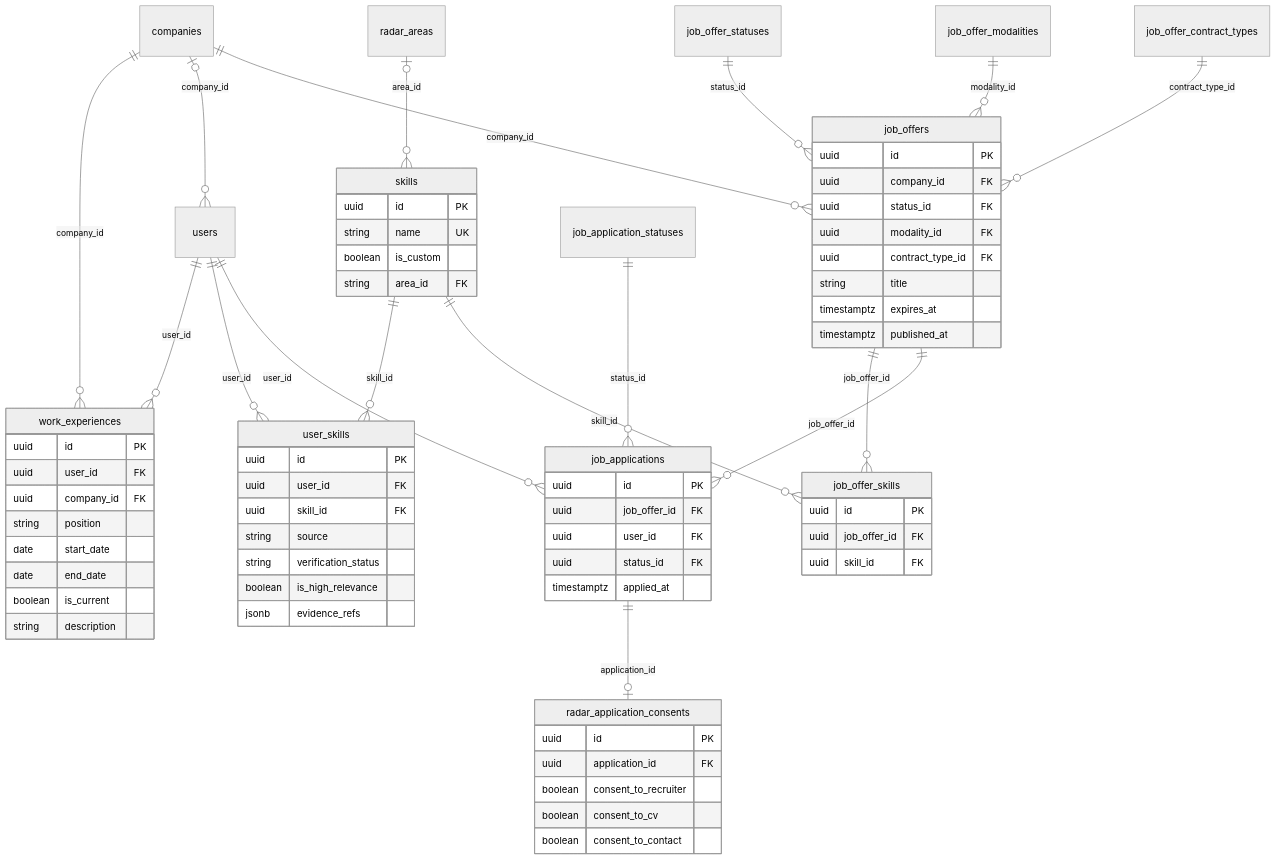
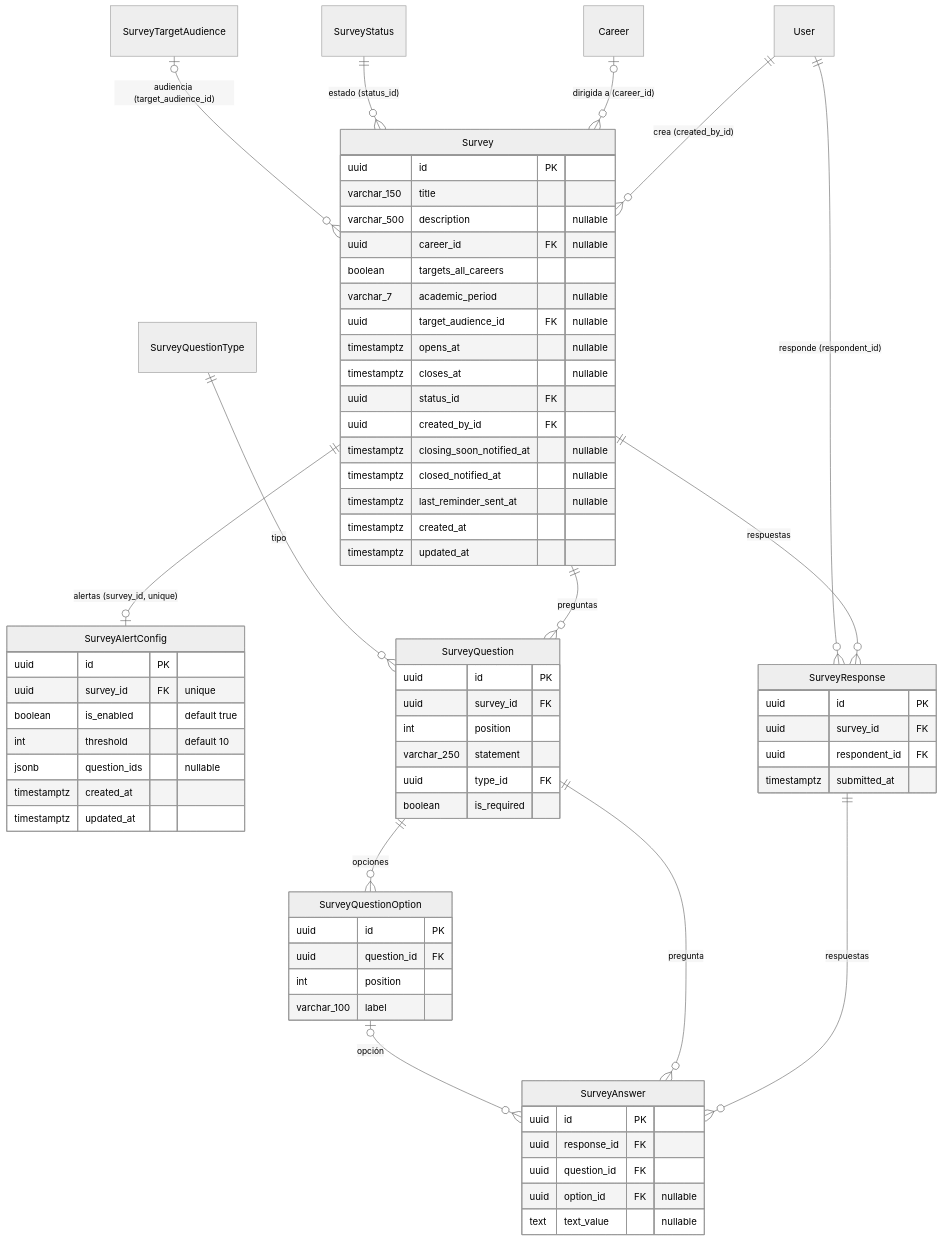
Before and after one commit to UMSSY/umssy-app: the diagram in backend/prisma/README.md, drawn with Mermaid (neutral theme). The commit also changed other lines of this file and 521 other files, not shown here.

````diff
--- a/backend/prisma/README.md
+++ b/backend/prisma/README.md
@@ -21,74 +9,71 @@
 ```mermaid
 erDiagram
-  users ||--o{ work_experiences : "user_id"
-  companies ||--o{ work_experiences : "company_id"
-  users ||--o{ user_skills : "user_id"
-  skills ||--o{ user_skills : "skill_id"
-  radar_areas |o--o{ skills : "area_id"
-  companies |o--o{ users : "company_id"
-  companies ||--o{ job_offers : "company_id"
-  job_offer_statuses ||--o{ job_offers : "status_id"
-  job_offer_modalities ||--o{ job_offers : "modality_id"
-  job_offer_contract_types ||--o{ job_offers : "contract_type_id"
-  job_offers ||--o{ job_offer_skills : "job_offer_id"
-  skills ||--o{ job_offer_skills : "skill_id"
-  job_offers ||--o{ job_applications : "job_offer_id"
-  users ||--o{ job_applications : "user_id"
-  job_application_statuses ||--o{ job_applications : "status_id"
-  job_applications ||--o| radar_application_consents : "application_id"
+  User ||--o{ Survey : "crea (created_by_id)"
+  Career |o--o{ Survey : "dirigida a (career_id)"
+  SurveyStatus ||--o{ Survey : "estado (status_id)"
+  SurveyTargetAudience |o--o{ Survey : "audiencia (target_audience_id)"
+  Survey ||--o| SurveyAlertConfig : "alertas (survey_id, unique)"
+  Survey ||--o{ SurveyQuestion : "preguntas"
+  Survey ||--o{ SurveyResponse : "respuestas"
+  SurveyQuestionType ||--o{ SurveyQuestion : "tipo"
+  SurveyQuestion ||--o{ SurveyQuestionOption : "opciones"
+  User ||--o{ SurveyResponse : "responde (respondent_id)"
+  SurveyResponse ||--o{ SurveyAnswer : "respuestas"
+  SurveyQuestion ||--o{ SurveyAnswer : "pregunta"
+  SurveyQuestionOption |o--o{ SurveyAnswer : "opción"
 
-  work_experiences {
+  Survey {
     uuid id PK
-    uuid user_id FK
-    uuid company_id FK
-    string position
-    date start_date
-    date end_date
-    boolean is_current
-    string description
+    varchar_150 title
+    varchar_500 description "nullable"
+    uuid career_id FK "nullable"
+    boolean targets_all_careers
+    varchar_7 academic_period "nullable"
+    uuid target_audience_id FK "nullable"
+    timestamptz opens_at "nullable"
+    timestamptz closes_at "nullable"
+    uuid status_id FK
+    uuid created_by_id FK
+    timestamptz closing_soon_notified_at "nullable"
+    timestamptz closed_notified_at "nullable"
+    timestamptz last_reminder_sent_at "nullable"
+    timestamptz created_at
+    timestamptz updated_at
   }
-  skills {
+  SurveyAlertConfig {
     uuid id PK
-    string name UK
-    boolean is_custom
-    string area_id FK
+    uuid survey_id FK "unique"
+    boolean is_enabled "default true"
+    int threshold "default 10"
+    jsonb question_ids "nullable"
+    timestamptz created_at
+    timestamptz updated_at
   }
-  user_skills {
+  SurveyQuestion {
     uuid id PK
-    uuid user_id FK
-    uuid skill_id FK
-    string source
-    string verification_status
-    boolean is_high_relevance
-    jsonb evidence_refs
+    uuid survey_id FK
+    int position
+    varchar_250 statement
+    uuid type_id FK
+    boolean is_required
   }
-  job_offers {
+  SurveyQuestionOption {
     uuid id PK
-    uuid company_id FK
-    uuid status_id FK
-    uuid modality_id FK
-    uuid contract_type_id FK
-    string title
-    timestamptz expires_at
-    timestamptz published_at
+    uuid question_id FK
+    int position
+    varchar_100 label
   }
-  job_offer_skills {
+  SurveyResponse {
     uuid id PK
-    uuid job_offer_id FK
-    uuid skill_id FK
+    uuid survey_id FK
+    uuid respondent_id FK
+    timestamptz submitted_at
   }
-  job_applications {
+  SurveyAnswer {
     uuid id PK
-    uuid job_offer_id FK
-    uuid user_id FK
-    uuid status_id FK
-    timestamptz applied_at
-  }
-  radar_application_consents {
-    uuid id PK
-    uuid application_id FK
-    boolean consent_to_recruiter
-    boolean consent_to_cv
-    boolean consent_to_contact
+    uuid response_id FK
+    uuid question_id FK
+    uuid option_id FK "nullable"
+    text text_value "nullable"
   }
 ```
````
